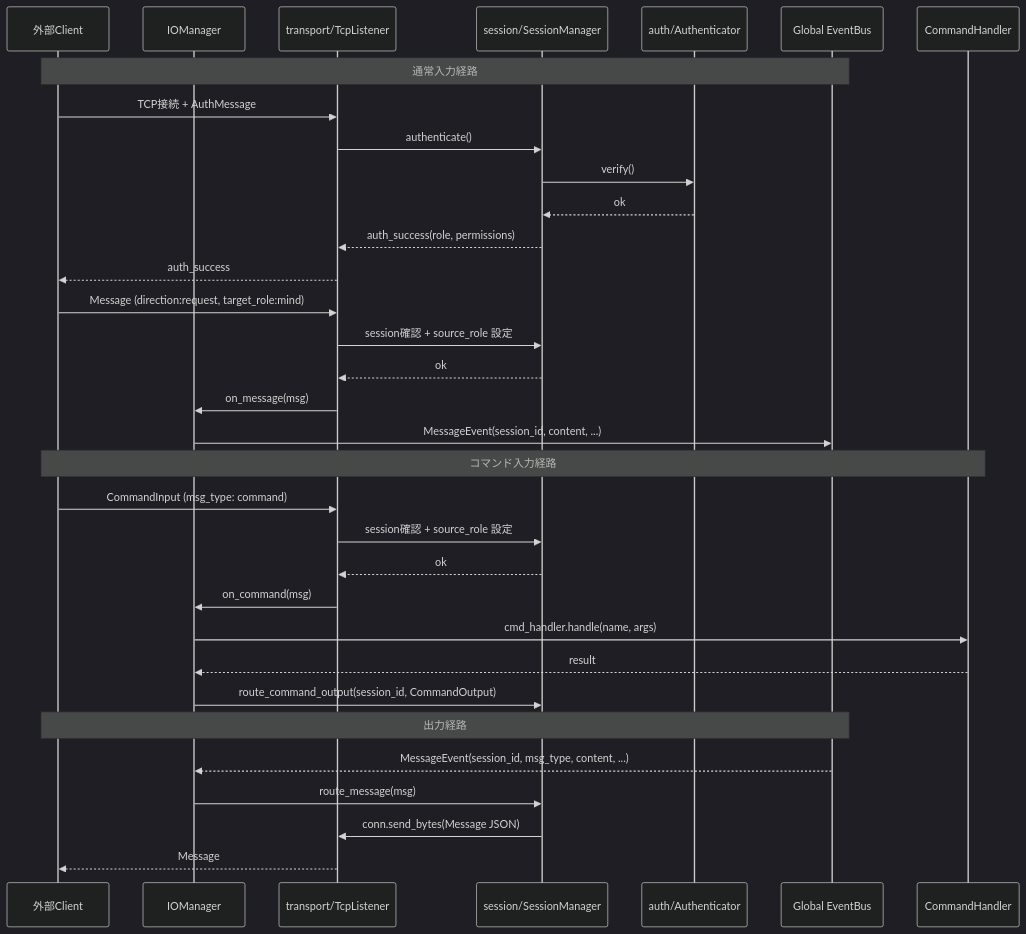
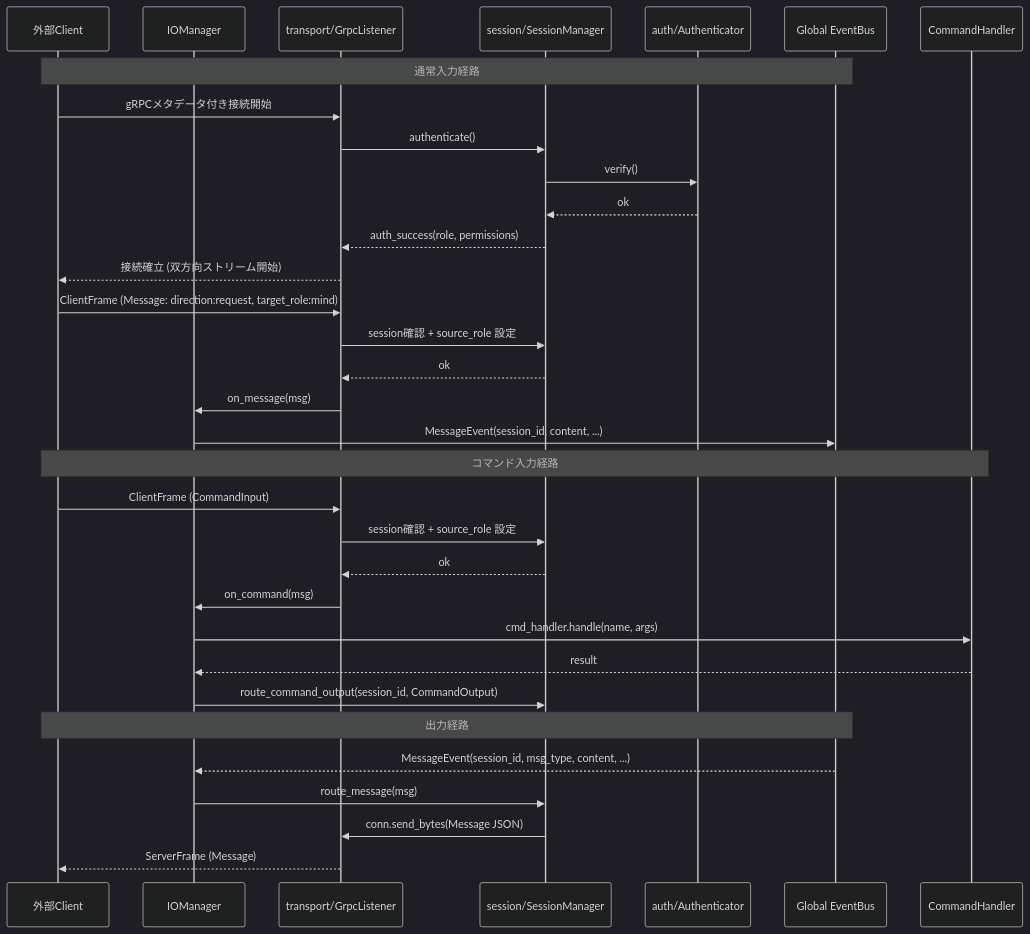
One commit to ibukani/iris-mind changed the diagram in docs/io-layer.md. Above: the diagram before and after it, drawn with Mermaid (dark theme). The commit also changed other lines of this file and 31 other files, not shown here.

````diff
--- a/docs/io-layer.md
+++ b/docs/io-layer.md
@@ -54,42 +57,42 @@
 ```mermaid
 sequenceDiagram
-    participant TCP as 外部Client
+    participant gRPC as 外部Client
     participant IO as IOManager
-    participant TRANS as transport/TcpListener
+    participant TRANS as transport/GrpcListener
     participant SESS as session/SessionManager
     participant AUTH as auth/Authenticator
     participant EB as Global EventBus
     participant CMD as CommandHandler
 
-    Note over TCP,EB: 通常入力経路
+    Note over gRPC,EB: 通常入力経路
 
-    TCP->>TRANS: TCP接続 + AuthMessage
+    gRPC->>TRANS: gRPCメタデータ付き接続開始
     TRANS->>SESS: authenticate()
     SESS->>AUTH: verify()
     AUTH-->>SESS: ok
     SESS-->>TRANS: auth_success(role, permissions)
-    TRANS-->>TCP: auth_success
+    TRANS-->>gRPC: 接続確立 (双方向ストリーム開始)
 
-    TCP->>TRANS: Message (direction:request, target_role:mind)
+    gRPC->>TRANS: ClientFrame (Message: direction:request, target_role:mind)
     TRANS->>SESS: session確認 + source_role 設定
     SESS-->>TRANS: ok
     TRANS->>IO: on_message(msg)
     IO->>EB: MessageEvent(session_id, content, ...)
 
-    Note over TCP,CMD: コマンド入力経路
+    Note over gRPC,CMD: コマンド入力経路
 
-    TCP->>TRANS: CommandInput (msg_type: command)
+    gRPC->>TRANS: ClientFrame (CommandInput)
     TRANS->>SESS: session確認 + source_role 設定
     SESS-->>TRANS: ok
     TRANS->>IO: on_command(msg)
     IO->>CMD: cmd_handler.handle(name, args)
     CMD-->>IO: result
     IO->>SESS: route_command_output(session_id, CommandOutput)
 
-    Note over TCP,EB: 出力経路
+    Note over gRPC,EB: 出力経路
 
     EB-->>IO: MessageEvent(session_id, msg_type, content, ...)
     IO->>SESS: route_message(msg)
     SESS->>TRANS: conn.send_bytes(Message JSON)
-    TRANS-->>TCP: Message
+    TRANS-->>gRPC: ServerFrame (Message)
 ```
````
